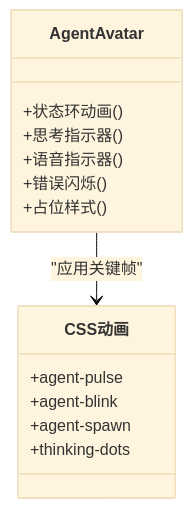
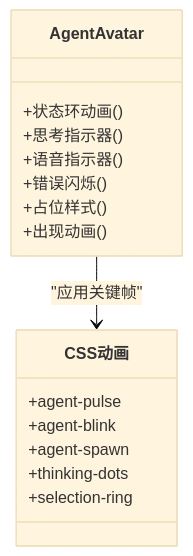
Before and after one commit to WW-AI-Lab/openclaw-office: the sixth of 10 diagrams in .qoder/repowiki/zh/content/虚拟办公室系统/动画效果系统.md, drawn with Mermaid (base theme). The commit also changed other lines of this file and 15 other files, not shown here.

````diff
--- a/.qoder/repowiki/zh/content/虚拟办公室系统/动画效果系统.md
+++ b/.qoder/repowiki/zh/content/虚拟办公室系统/动画效果系统.md
@@ -164,17 +280,19 @@
 ```mermaid
 classDiagram
 class AgentAvatar {
 +状态环动画()
 +思考指示器()
 +语音指示器()
 +错误闪烁()
 +占位样式()
++出现动画()
 }
 class CSS动画 {
 +agent-pulse
 +agent-blink
 +agent-spawn
 +thinking-dots
++selection-ring
 }
 AgentAvatar --> CSS动画 : "应用关键帧"
 ```
````
